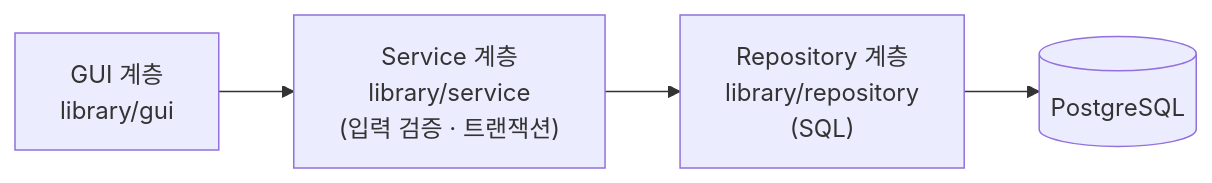
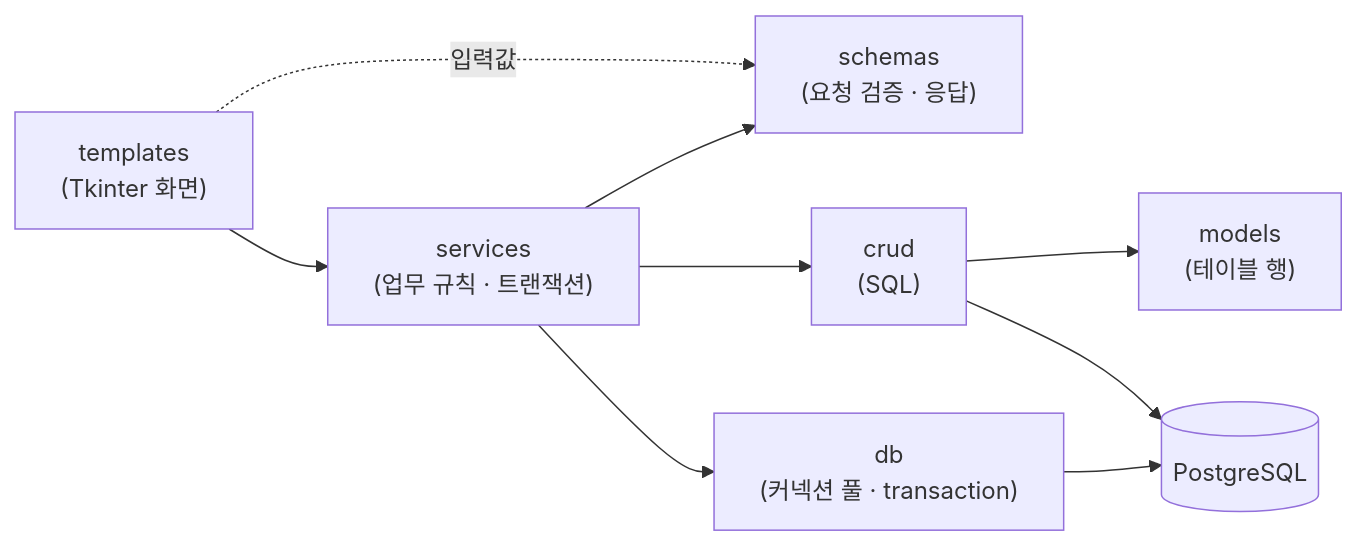
One commit to Hasegos/python-gui-project changed the second of 2 diagrams in README.md. Above: the diagram before and after it, drawn with Mermaid. The commit also changed other lines of this file, not shown here.

````diff
--- a/README.md
+++ b/README.md
@@ -99,6 +103,11 @@
 ```mermaid
 flowchart LR
-    GUI["GUI 계층<br/>library/gui"] --> Service["Service 계층<br/>library/service<br/>(입력 검증 · 트랜잭션)"]
-    Service --> Repository["Repository 계층<br/>library/repository<br/>(SQL)"]
-    Repository --> DB[("PostgreSQL")]
+    T["templates<br/>(Tkinter 화면)"] --> S["services<br/>(업무 규칙 · 트랜잭션)"]
+    T -. 입력값 .-> SC["schemas<br/>(요청 검증 · 응답)"]
+    S --> SC
+    S --> C["crud<br/>(SQL)"]
+    C --> M["models<br/>(테이블 행)"]
+    C --> DB[("PostgreSQL")]
+    S --> D["db<br/>(커넥션 풀 · transaction)"]
+    D --> DB
 ```
````
